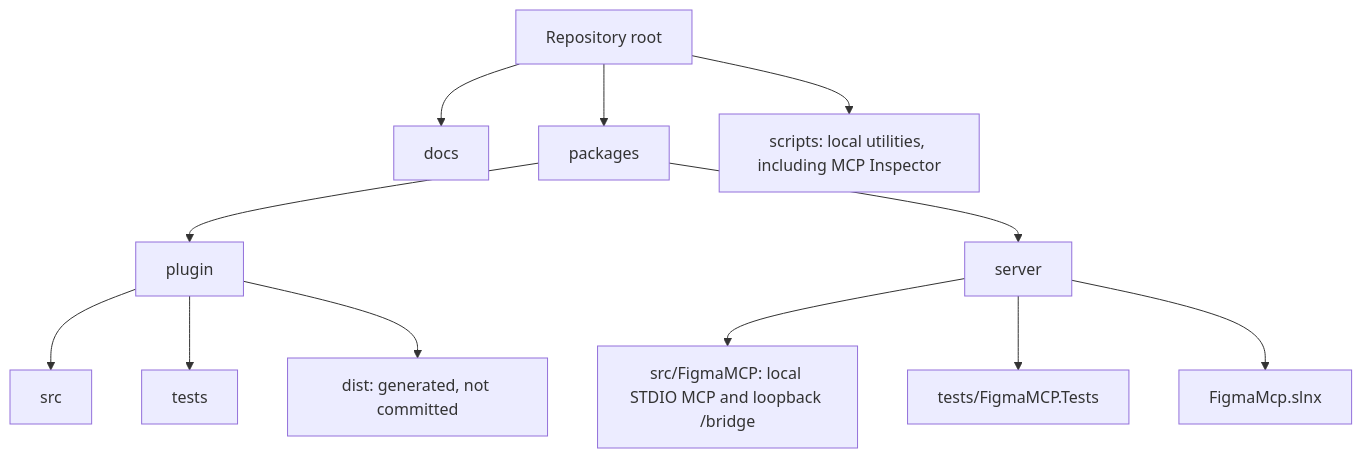
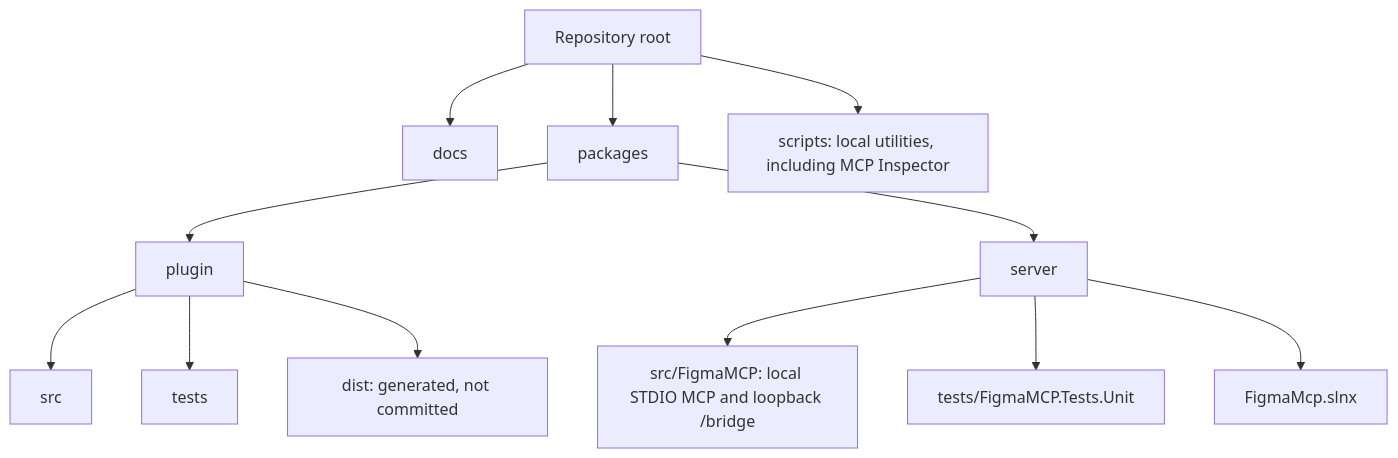
Before and after one commit to 2chevskii/FigmaMCP: the diagram in docs/DEVELOPMENT.md, drawn with Mermaid. The commit also changed 9 other files, not shown here.

````diff
--- a/docs/DEVELOPMENT.md
+++ b/docs/DEVELOPMENT.md
@@ -8,14 +8,14 @@
 ```mermaid
 flowchart TD
     root[Repository root] --> docs[docs]
     root --> packages[packages]
     root --> scripts[scripts: local utilities, including MCP Inspector]
     packages --> plugin[plugin]
     plugin --> pluginSrc[src]
     plugin --> pluginTests[tests]
     plugin --> pluginDist[dist: generated, not committed]
     packages --> server[server]
     server --> serverSrc[src/FigmaMCP: local STDIO MCP and loopback /bridge]
-    server --> serverTests[tests/FigmaMCP.Tests]
+    server --> serverTests[tests/FigmaMCP.Tests.Unit]
     server --> solution[FigmaMcp.slnx]
 ```
````
